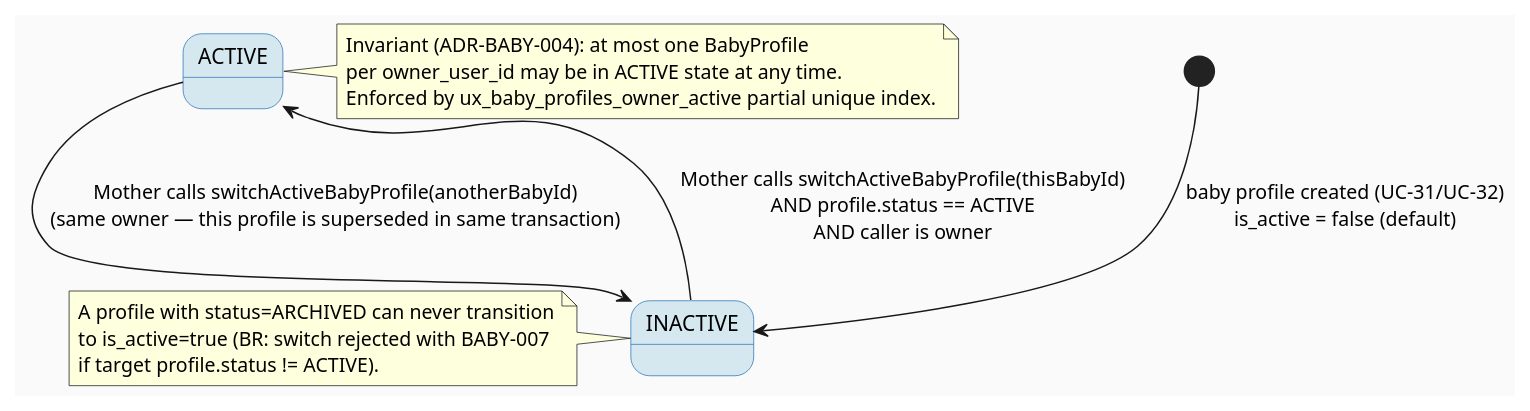
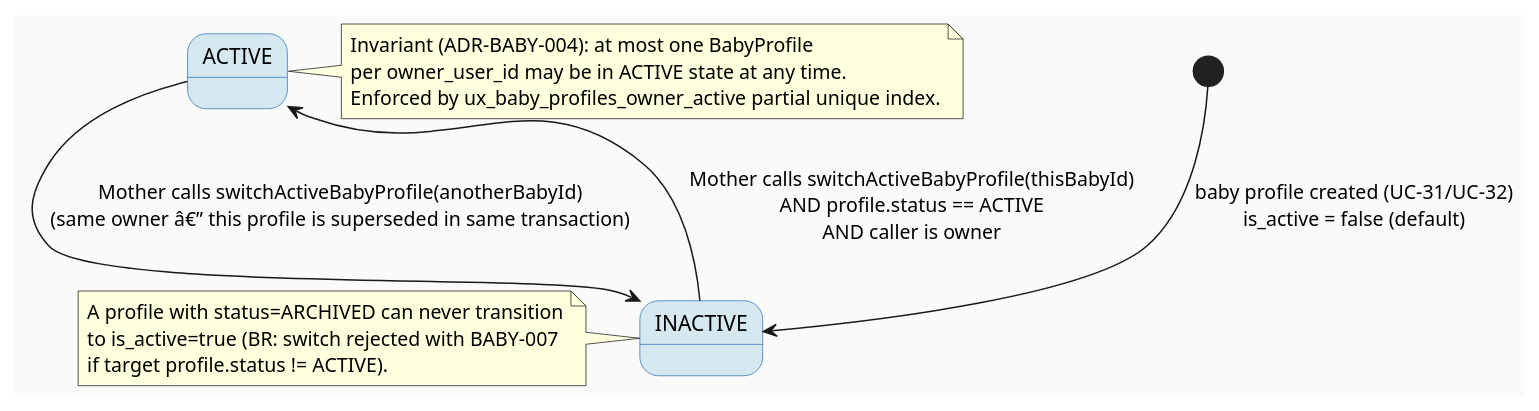
The fourth of 4 diagrams in 04_Implement/UC193_SwitchActiveBabyProfile/UC193_SwitchActiveBabyProfile_TDS.md (ChuongBDHE172784/CareBridge_SEP490_G79), drawn with PlantUML before and after one commit. The commit also changed other lines of this file and 201 other files, not shown here.

````diff
--- a/04_Implement/UC193_SwitchActiveBabyProfile/UC193_SwitchActiveBabyProfile_TDS.md
+++ b/04_Implement/UC193_SwitchActiveBabyProfile/UC193_SwitchActiveBabyProfile_TDS.md
@@ -394,25 +395,25 @@
 ```plantuml
 @startuml SwitchActiveBabyProfile_StateMachine
 skinparam backgroundColor #FAFAFA
 skinparam StateBackgroundColor #D5E8F0
 skinparam StateBorderColor #2E75B6
 
 [*] --> INACTIVE : baby profile created (UC-31/UC-32)\nis_active = false (default)
 
 INACTIVE --> ACTIVE : Mother calls switchActiveBabyProfile(thisBabyId)\nAND profile.status == ACTIVE\nAND caller is owner
-ACTIVE --> INACTIVE : Mother calls switchActiveBabyProfile(anotherBabyId)\n(same owner — this profile is superseded in same transaction)
+ACTIVE --> INACTIVE : Mother calls switchActiveBabyProfile(anotherBabyId)\n(same owner â€” this profile is superseded in same transaction)
 
 note right of ACTIVE
   Invariant (ADR-BABY-004): at most one BabyProfile
   per owner_user_id may be in ACTIVE state at any time.
   Enforced by ux_baby_profiles_owner_active partial unique index.
 end note
 
 note left of INACTIVE
   A profile with status=ARCHIVED can never transition
   to is_active=true (BR: switch rejected with BABY-007
   if target profile.status != ACTIVE).
 end note
 
 @enduml
 ```
````
